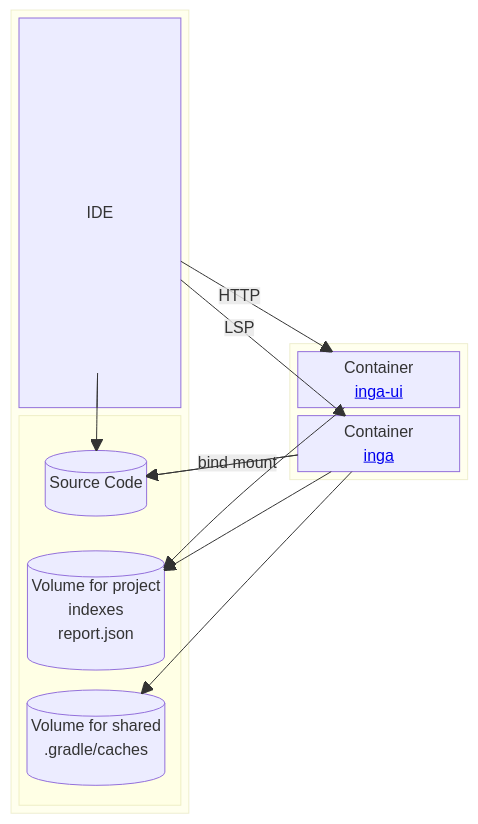
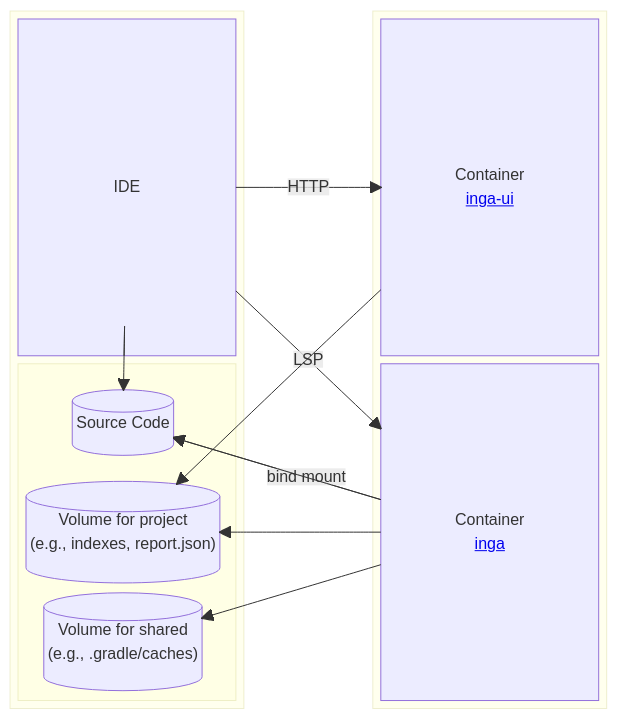
The diagram in docs/architecture.md (seachicken/intellij-inga), drawn with Mermaid before and after one commit.

````diff
--- a/docs/architecture.md
+++ b/docs/architecture.md
@@ -5,29 +5,29 @@
 ```mermaid
 block-beta
 columns 5
   block:Host:2
     columns 1
     IDE
     block
       columns 1
       Source[("Source Code")]
-      DockerVolume_project[("Volume for project\nindexes\nreport.json")]
-      DockerVolume_shared[("Volume for shared\n.gradle/caches")]
+      DockerVolume_project[("Volume for project\n(e.g., indexes, report.json)")]
+      DockerVolume_shared[("Volume for shared\n(e.g., .gradle/caches)")]
     end
   end
   space
   block:Container:2
     columns 1
     inga_ui["Container\n<a href='https://github.com/seachicken/inga-ui'>inga-ui</a>"]
     inga["Container\n<a href='https://github.com/seachicken/inga'>inga</a>"]
   end
 
   IDE --> Source
   IDE -- "HTTP" --> inga_ui
   IDE -- "LSP" --> inga
   inga -- "bind mount" --> Source
   inga_ui --> DockerVolume_project
   inga --> DockerVolume_project
   inga --> DockerVolume_shared
   inga --> Source
 ```
````
